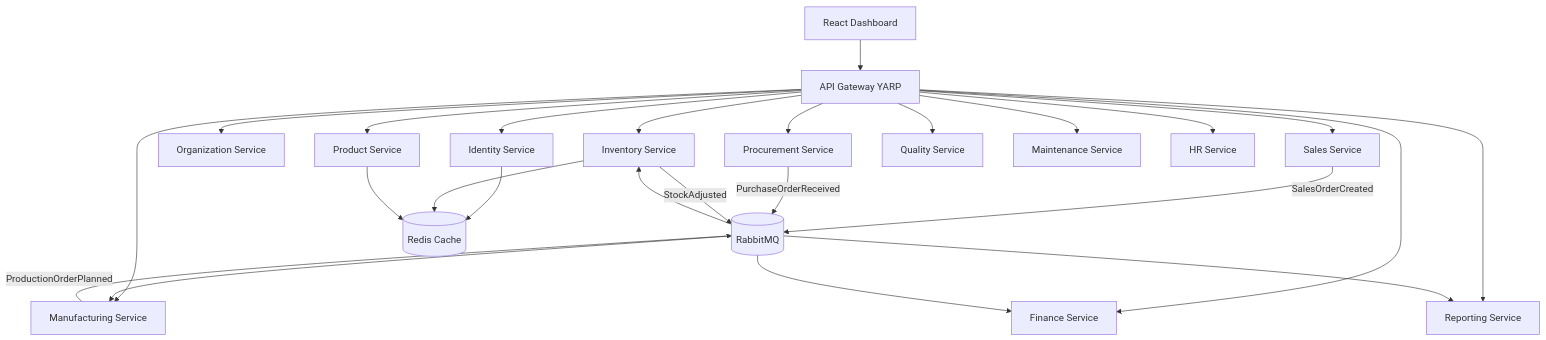
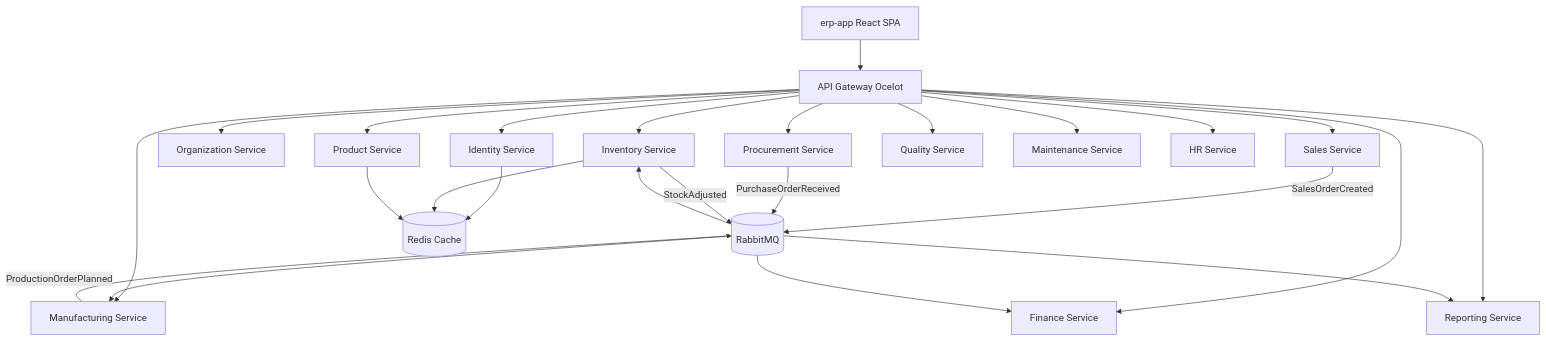
The third of 5 diagrams in Enterprise/docs/architecture/README.md (Tanveer255/ERP), drawn with Mermaid before and after one commit. The commit also changed other lines of this file and 21 other files, not shown here.

Commit message:
updated ERP with api gateway

````diff
--- a/Enterprise/docs/architecture/README.md
+++ b/Enterprise/docs/architecture/README.md
@@ -95,29 +120,29 @@
 ```mermaid
 flowchart TB
-    UI[React Dashboard] --> GW[API Gateway YARP]
+    UI[erp-app React SPA] --> GW[API Gateway Ocelot]
     GW --> ID[Identity Service]
     GW --> ORG[Organization Service]
     GW --> PRD[Product Service]
     GW --> INV[Inventory Service]
     GW --> PRC[Procurement Service]
     GW --> SAL[Sales Service]
     GW --> MFG[Manufacturing Service]
     GW --> QTY[Quality Service]
     GW --> MNT[Maintenance Service]
     GW --> HR[HR Service]
     GW --> FIN[Finance Service]
     GW --> RPT[Reporting Service]
 
     SAL -->|SalesOrderCreated| MQ[(RabbitMQ)]
     MFG -->|ProductionOrderPlanned| MQ
     PRC -->|PurchaseOrderReceived| MQ
     INV -->|StockAdjusted| MQ
     MQ --> MFG
     MQ --> INV
     MQ --> FIN
     MQ --> RPT
 
     ID --> Redis[(Redis Cache)]
     INV --> Redis
     PRD --> Redis
 ```
````
